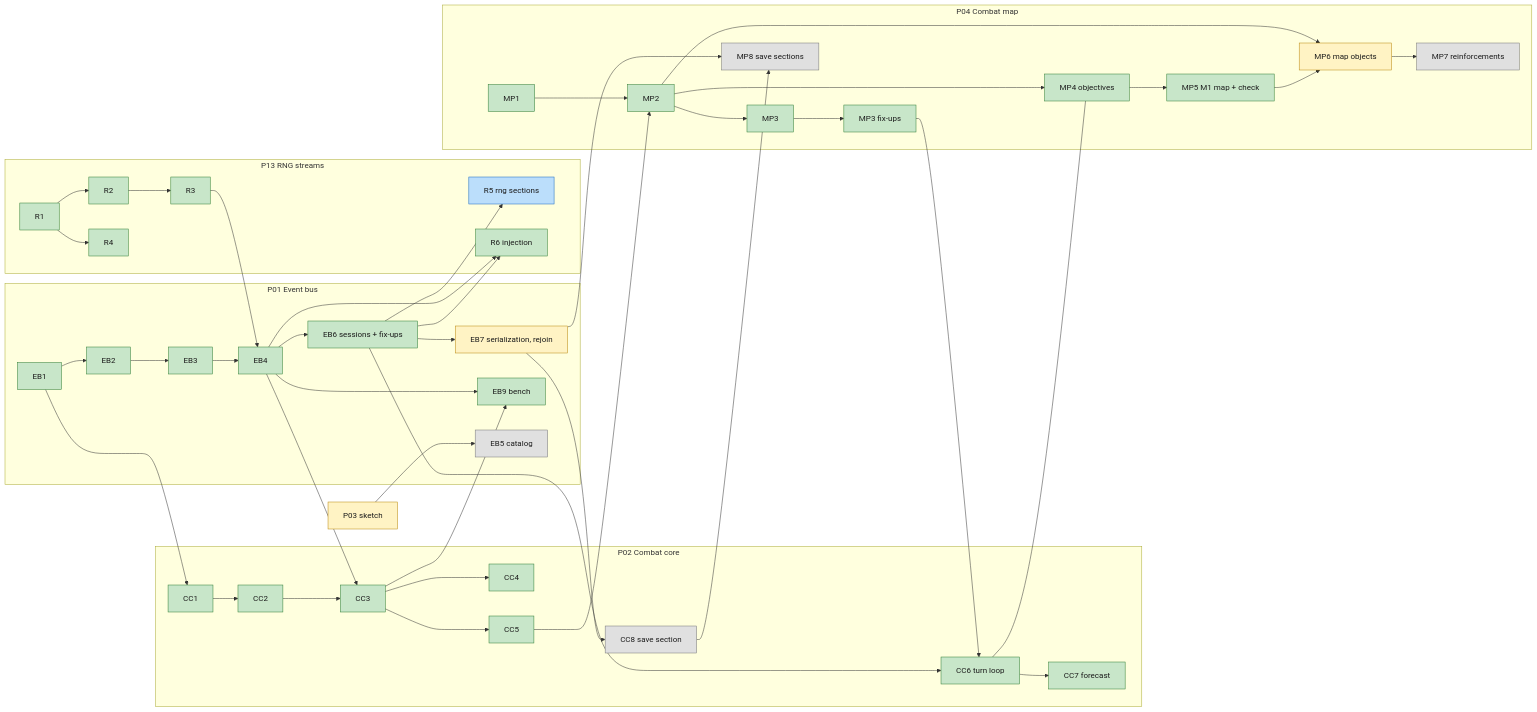
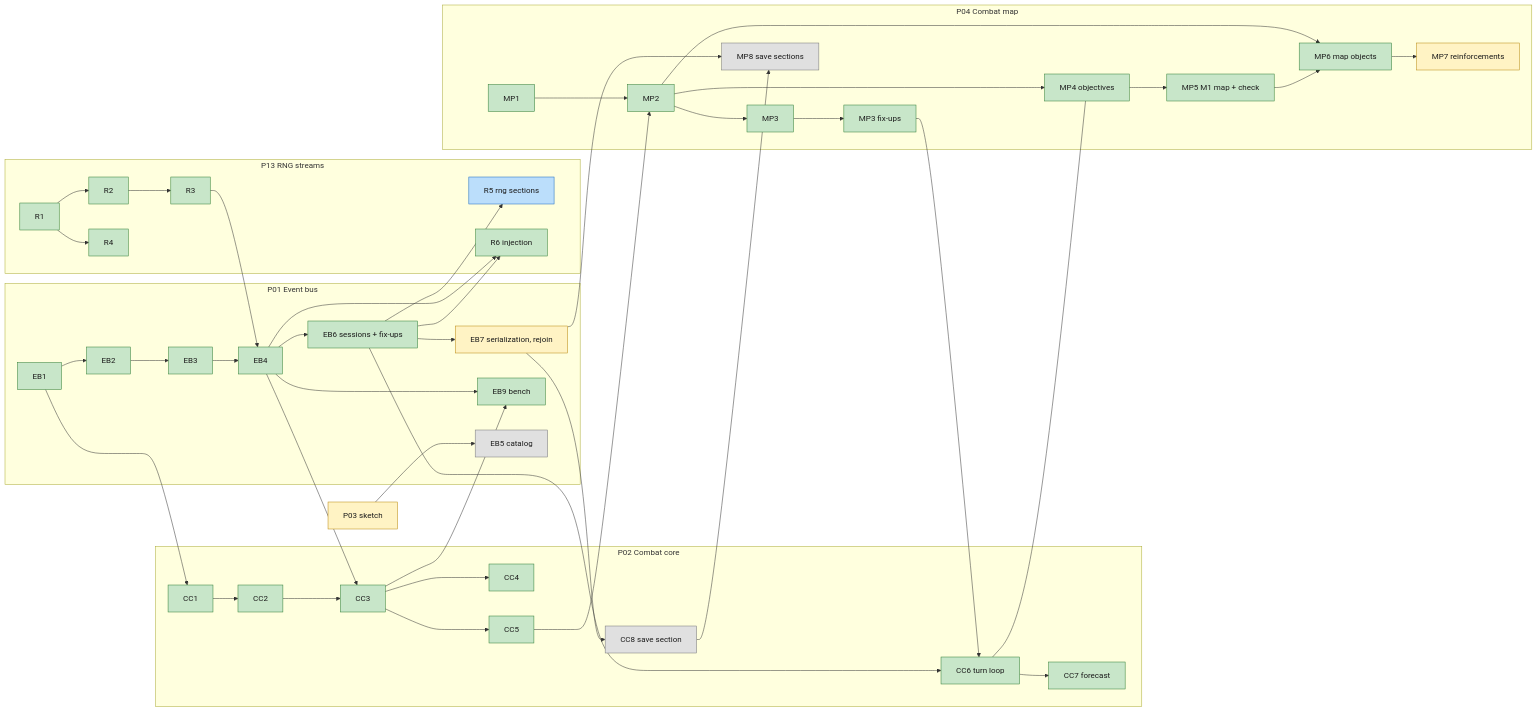
The second of 2 diagrams in docs/plans/game-orchestrator.md (DevinHMurphy/bandit-bash), drawn with Mermaid before and after one commit. The commit also changed other lines of this file and 1 other file, not shown here.

````diff
--- a/docs/plans/game-orchestrator.md
+++ b/docs/plans/game-orchestrator.md
@@ -169,59 +169,59 @@
 ```mermaid
 flowchart LR
   subgraph P13[P13 RNG streams]
     R1 --> R2 --> R3
     R1 --> R4
     R5[R5 rng sections]
     R6[R6 injection]
   end
   subgraph P01[P01 Event bus]
     EB1 --> EB2 --> EB3 --> EB4
     EB4 --> EB6[EB6 sessions + fix-ups]
     EB6 --> EB7[EB7 serialization, rejoin]
     EB4 --> EB9[EB9 bench]
     EB5[EB5 catalog]
   end
   subgraph P02[P02 Combat core]
     CC1 --> CC2 --> CC3
     CC3 --> CC4
     CC3 --> CC5
     CC6[CC6 turn loop]
     CC7[CC7 forecast]
     CC8[CC8 save section]
     CC6 --> CC7
   end
   subgraph P04[P04 Combat map]
     MP1 --> MP2 --> MP3
     MP3 --> MP3F[MP3 fix-ups]
     MP3F --> CC6
     MP2 --> MP4[MP4 objectives]
     MP4 --> MP5[MP5 M1 map + check]
     MP2 --> MP6[MP6 map objects]
     MP5 --> MP6
     MP6 --> MP7[MP7 reinforcements]
     MP8[MP8 save sections]
   end
   P03S[P03 sketch] --> EB5
   R3 --> EB4
   EB1 --> CC1
   EB4 --> CC3
   CC3 --> EB9
   CC5 --> MP2
   EB6 --> CC6
   CC6 --- MP4
   EB6 --> R5
   EB4 --> R6
   EB6 --> R6
   EB7 --> CC8
   EB7 --> MP8
   CC8 --> MP8
 
   classDef done fill:#c8e6c9,stroke:#2e7d32,color:#1b1b1b
   classDef active fill:#bbdefb,stroke:#1565c0,color:#1b1b1b
   classDef ready fill:#fff3c4,stroke:#b8860b,color:#1b1b1b
   classDef waiting fill:#e0e0e0,stroke:#757575,color:#1b1b1b
-  class R1,R2,R3,R4,R6,EB1,EB2,EB3,EB4,EB6,EB9,CC1,CC2,CC3,CC4,CC5,CC6,CC7,MP1,MP2,MP3,MP3F,MP4,MP5 done
+  class R1,R2,R3,R4,R6,EB1,EB2,EB3,EB4,EB6,EB9,CC1,CC2,CC3,CC4,CC5,CC6,CC7,MP1,MP2,MP3,MP3F,MP4,MP5,MP6 done
   class R5 active
-  class EB7,MP6,P03S ready
-  class EB5,CC8,MP7,MP8 waiting
+  class EB7,MP7,P03S ready
+  class EB5,CC8,MP8 waiting
 ```
````
